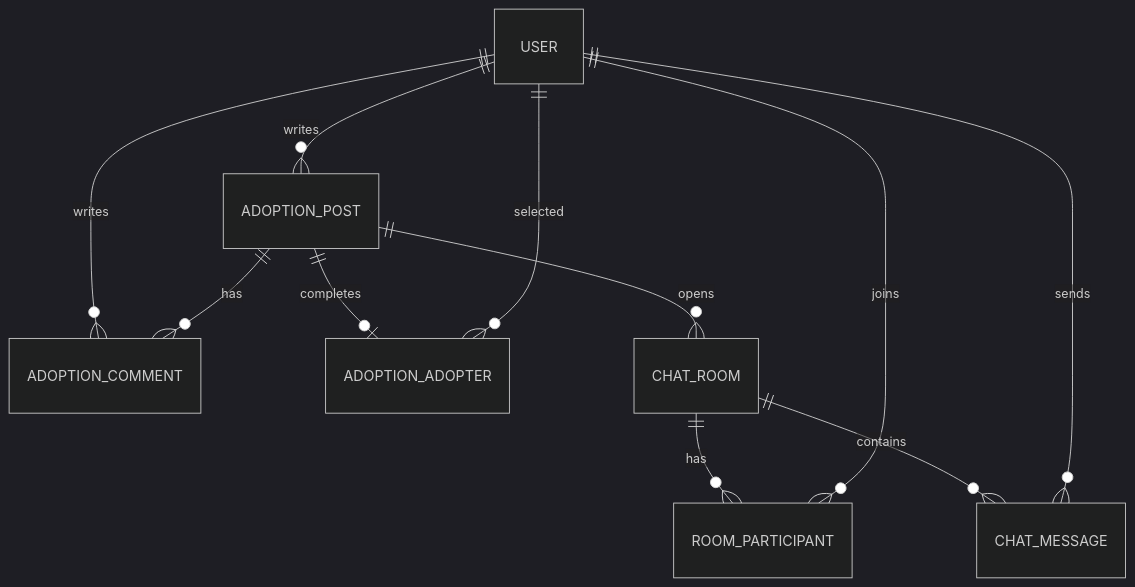
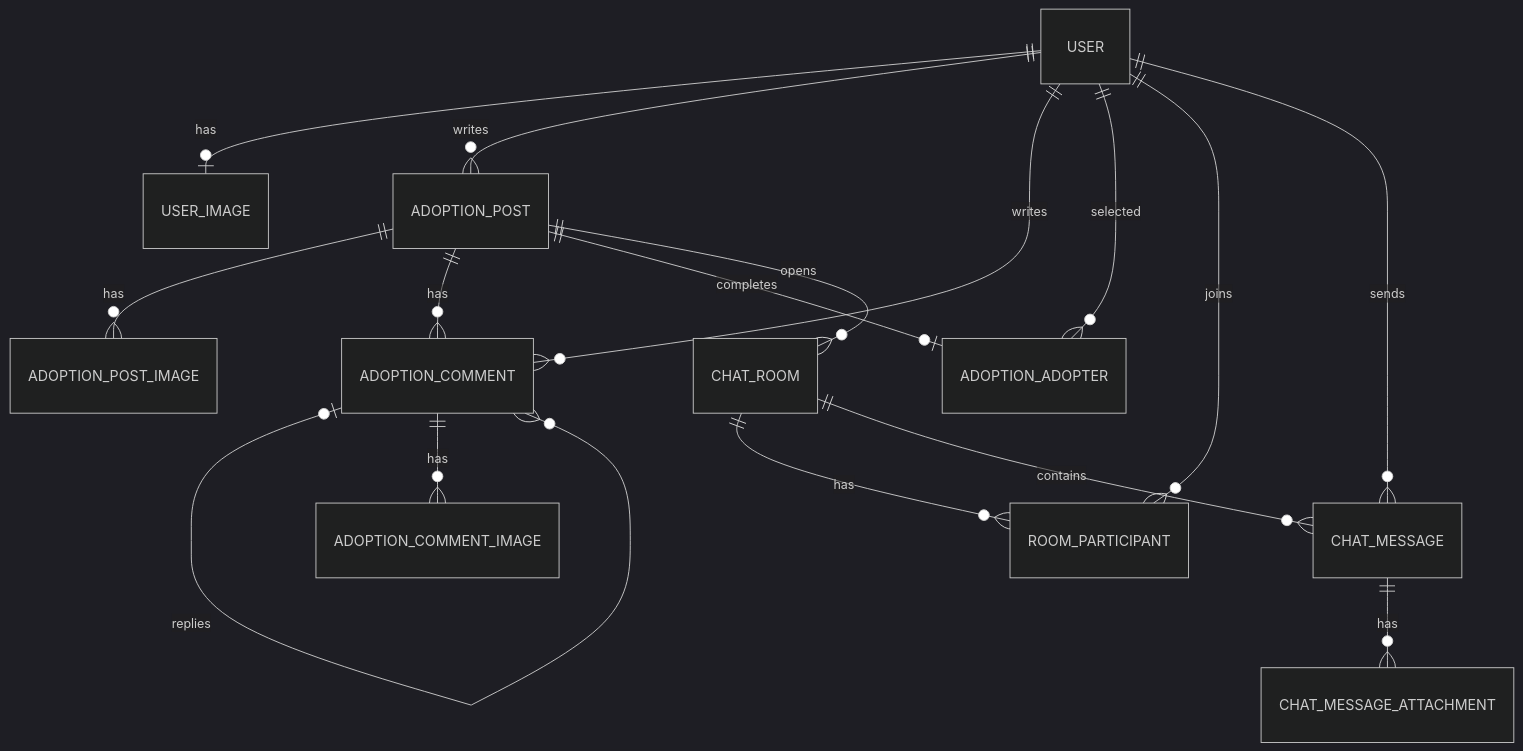
The third of 4 diagrams in docs/architecture.md (RGB234/marigold_server), drawn with Mermaid (dark theme) before and after one commit. The commit also changed other lines of this file and 4 other files, not shown here.

````diff
--- a/docs/architecture.md
+++ b/docs/architecture.md
@@ -45,13 +92,18 @@
 ```mermaid
 erDiagram
+    USER ||--o| USER_IMAGE : has
     USER ||--o{ ADOPTION_POST : writes
     USER ||--o{ ADOPTION_COMMENT : writes
+    ADOPTION_POST ||--o{ ADOPTION_POST_IMAGE : has
     ADOPTION_POST ||--o{ ADOPTION_COMMENT : has
+    ADOPTION_COMMENT |o--o{ ADOPTION_COMMENT : replies
+    ADOPTION_COMMENT ||--o{ ADOPTION_COMMENT_IMAGE : has
     ADOPTION_POST ||--o| ADOPTION_ADOPTER : completes
     USER ||--o{ ADOPTION_ADOPTER : selected
     ADOPTION_POST ||--o{ CHAT_ROOM : opens
     CHAT_ROOM ||--o{ ROOM_PARTICIPANT : has
     USER ||--o{ ROOM_PARTICIPANT : joins
     CHAT_ROOM ||--o{ CHAT_MESSAGE : contains
     USER ||--o{ CHAT_MESSAGE : sends
+    CHAT_MESSAGE ||--o{ CHAT_MESSAGE_ATTACHMENT : has
 ```
````
